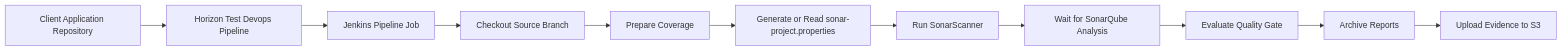
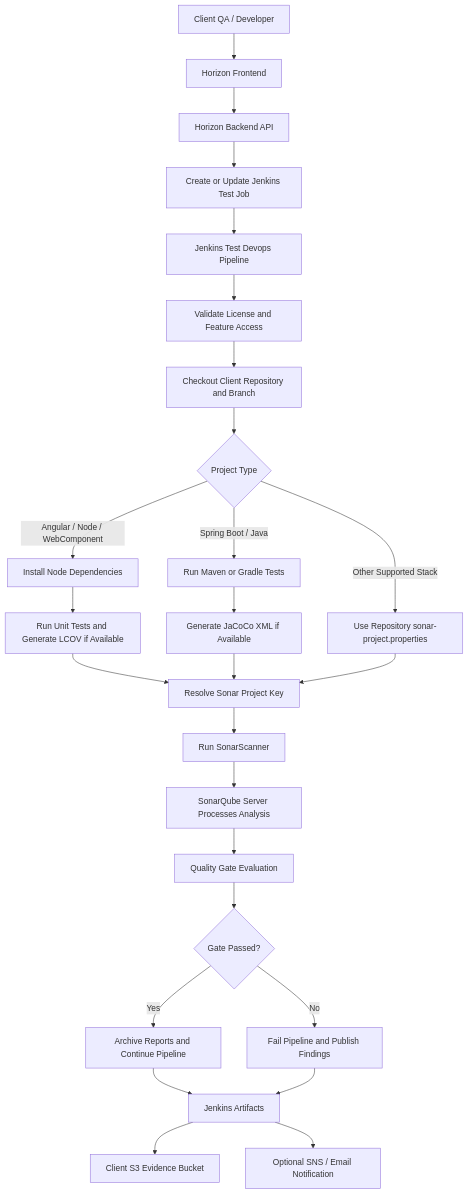
Before and after one commit to ankur1825/horizon-demo-angular: the first of 2 diagrams in docs/sonarqube-code-quality-sast-framework.md, drawn with Mermaid. The commit also changed other lines of this file and 3 other files, not shown here.

````diff
--- a/docs/sonarqube-code-quality-sast-framework.md
+++ b/docs/sonarqube-code-quality-sast-framework.md
@@ -83,13 +85,28 @@
 ```mermaid
-flowchart LR
-  A["Client Application Repository"] --> B["Horizon Test Devops Pipeline"]
-  B --> C["Jenkins Pipeline Job"]
-  C --> D["Checkout Source Branch"]
-  D --> E["Prepare Coverage"]
-  E --> F["Generate or Read sonar-project.properties"]
-  F --> G["Run SonarScanner"]
-  G --> H["Wait for SonarQube Analysis"]
-  H --> I["Evaluate Quality Gate"]
-  I --> J["Archive Reports"]
-  J --> K["Upload Evidence to S3"]
+flowchart TD
+  A["Client QA / Developer"] --> B["Horizon Frontend"]
+  B --> C["Horizon Backend API"]
+  C --> D["Create or Update Jenkins Test Job"]
+  D --> E["Jenkins Test Devops Pipeline"]
+  E --> F["Validate License and Feature Access"]
+  F --> G["Checkout Client Repository and Branch"]
+  G --> H{"Project Type"}
+  H -- "Angular / Node / WebComponent" --> I["Install Node Dependencies"]
+  I --> J["Run Unit Tests and Generate LCOV if Available"]
+  H -- "Spring Boot / Java" --> K["Run Maven or Gradle Tests"]
+  K --> L["Generate JaCoCo XML if Available"]
+  H -- "Other Supported Stack" --> M["Use Repository sonar-project.properties"]
+  J --> N["Resolve Sonar Project Key"]
+  L --> N
+  M --> N
+  N --> O["Run SonarScanner"]
+  O --> P["SonarQube Server Processes Analysis"]
+  P --> Q["Quality Gate Evaluation"]
+  Q --> R{"Gate Passed?"}
+  R -- "Yes" --> S["Archive Reports and Continue Pipeline"]
+  R -- "No" --> T["Fail Pipeline and Publish Findings"]
+  S --> U["Jenkins Artifacts"]
+  T --> U
+  U --> V["Client S3 Evidence Bucket"]
+  U --> W["Optional SNS / Email Notification"]
 ```
````
